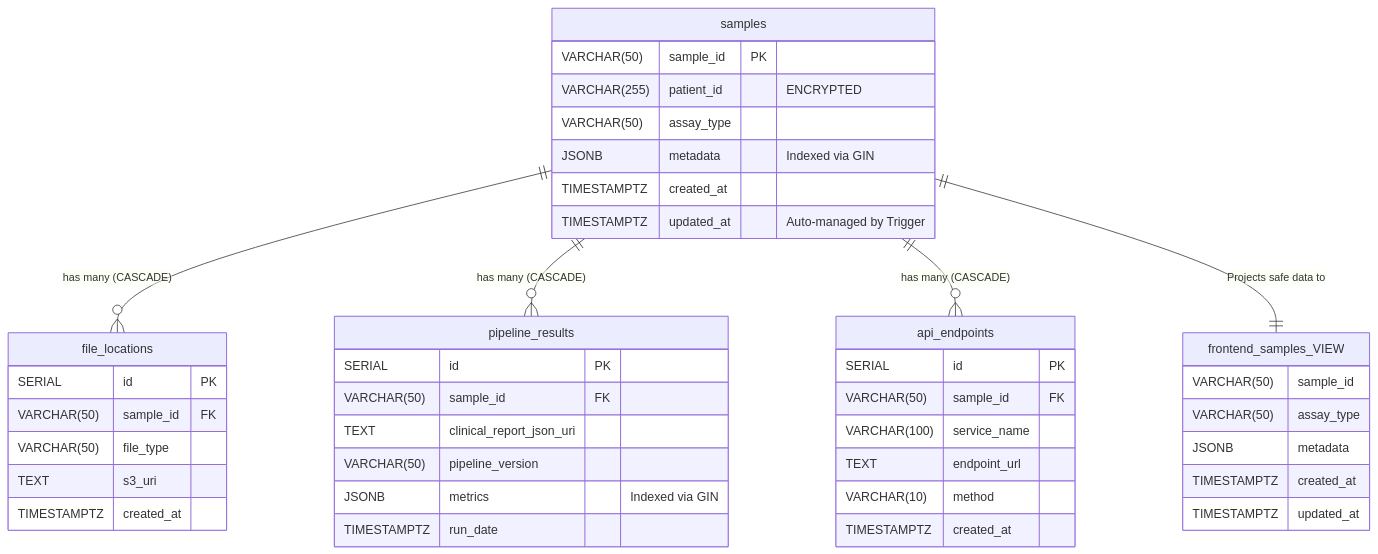
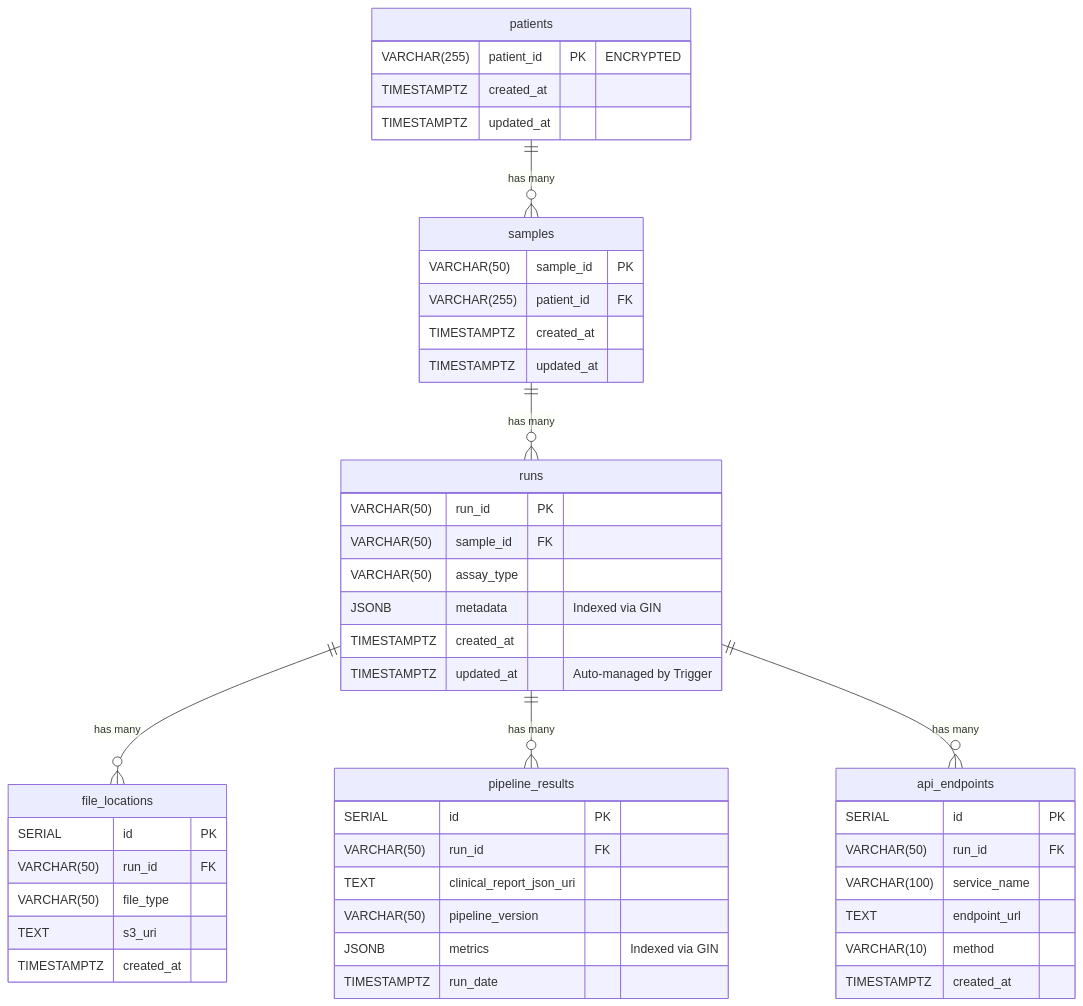
The diagram in db-init/README.md (HReed1/ngs-variant-validator), drawn with Mermaid before and after one commit. The commit also changed other lines of this file and 4 other files, not shown here.

````diff
--- a/db-init/README.md
+++ b/db-init/README.md
@@ -1,55 +3,59 @@
 ```mermaid
 erDiagram
-    %% Core Tables
+    %% Core Hierarchical Tables
+    patients {
+        VARCHAR(255) patient_id PK "ENCRYPTED"
+        TIMESTAMPTZ created_at
+        TIMESTAMPTZ updated_at
+    }
+
     samples {
         VARCHAR(50) sample_id PK
-        VARCHAR(255) patient_id "ENCRYPTED"
+        VARCHAR(255) patient_id FK
+        TIMESTAMPTZ created_at
+        TIMESTAMPTZ updated_at
+    }
+
+    runs {
+        VARCHAR(50) run_id PK
+        VARCHAR(50) sample_id FK
         VARCHAR(50) assay_type
         JSONB metadata "Indexed via GIN"
         TIMESTAMPTZ created_at
         TIMESTAMPTZ updated_at "Auto-managed by Trigger"
     }
 
+    %% Downstream Tables
     file_locations {
         SERIAL id PK
-        VARCHAR(50) sample_id FK
+        VARCHAR(50) run_id FK
         VARCHAR(50) file_type
         TEXT s3_uri
         TIMESTAMPTZ created_at
     }
 
     pipeline_results {
         SERIAL id PK
-        VARCHAR(50) sample_id FK
+        VARCHAR(50) run_id FK
         TEXT clinical_report_json_uri
         VARCHAR(50) pipeline_version
         JSONB metrics "Indexed via GIN"
         TIMESTAMPTZ run_date
     }
 
     api_endpoints {
         SERIAL id PK
-        VARCHAR(50) sample_id FK
+        VARCHAR(50) run_id FK
         VARCHAR(100) service_name
         TEXT endpoint_url
         VARCHAR(10) method
         TIMESTAMPTZ created_at
     }
 
-    %% Virtual/Security Layers
-    frontend_samples_VIEW {
-        VARCHAR(50) sample_id
-        VARCHAR(50) assay_type
-        JSONB metadata
-        TIMESTAMPTZ created_at
-        TIMESTAMPTZ updated_at
-    }
-
-    %% Table Relationships
-    samples ||--o{ file_locations : "has many (CASCADE)"
-    samples ||--o{ pipeline_results : "has many (CASCADE)"
-    samples ||--o{ api_endpoints : "has many (CASCADE)"
-
-    %% View Projection
-    samples ||--|| frontend_samples_VIEW : "Projects safe data to"
+    %% Table Relationships (CASCADE)
+    patients ||--o{ samples : "has many"
+    samples ||--o{ runs : "has many"
+    runs ||--o{ file_locations : "has many"
+    runs ||--o{ pipeline_results : "has many"
+    runs ||--o{ api_endpoints : "has many"
 ```
````
